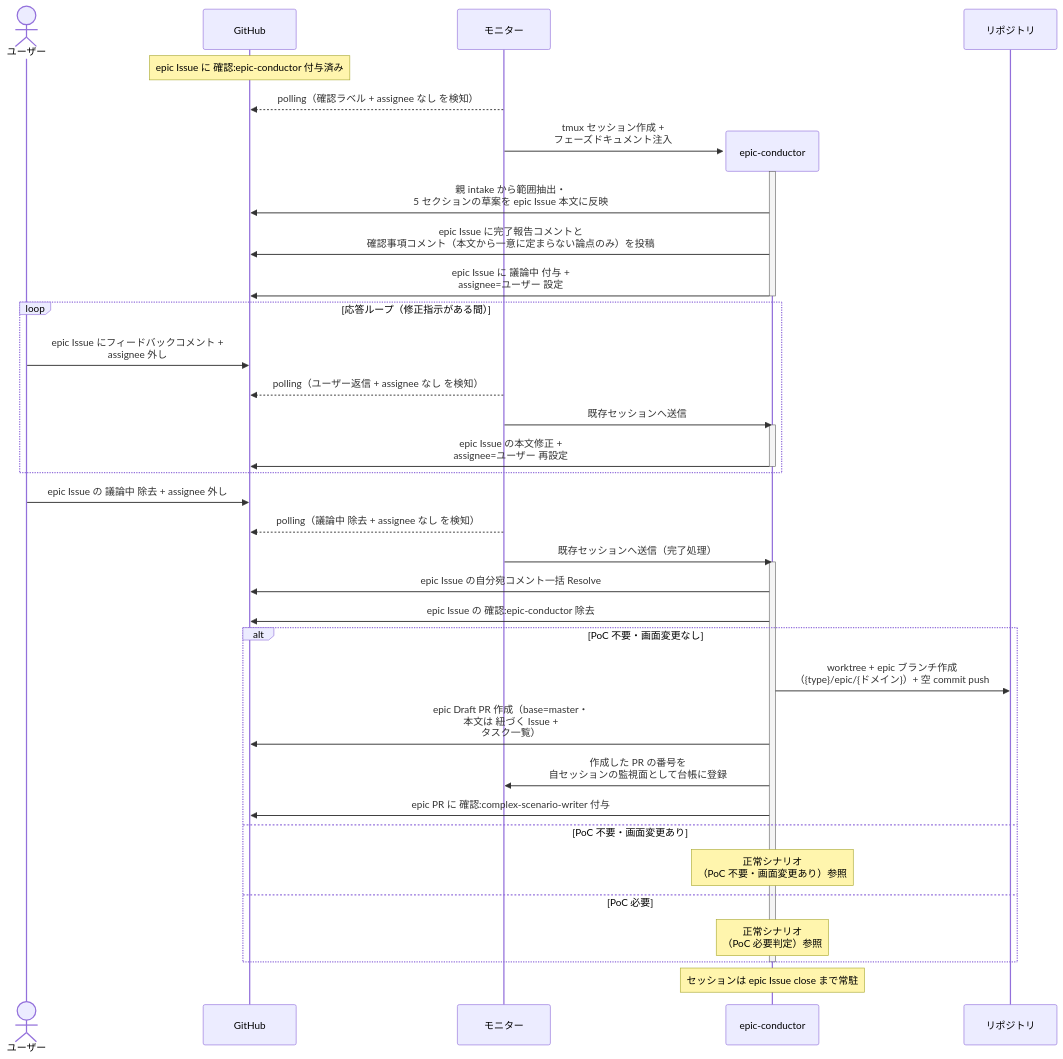
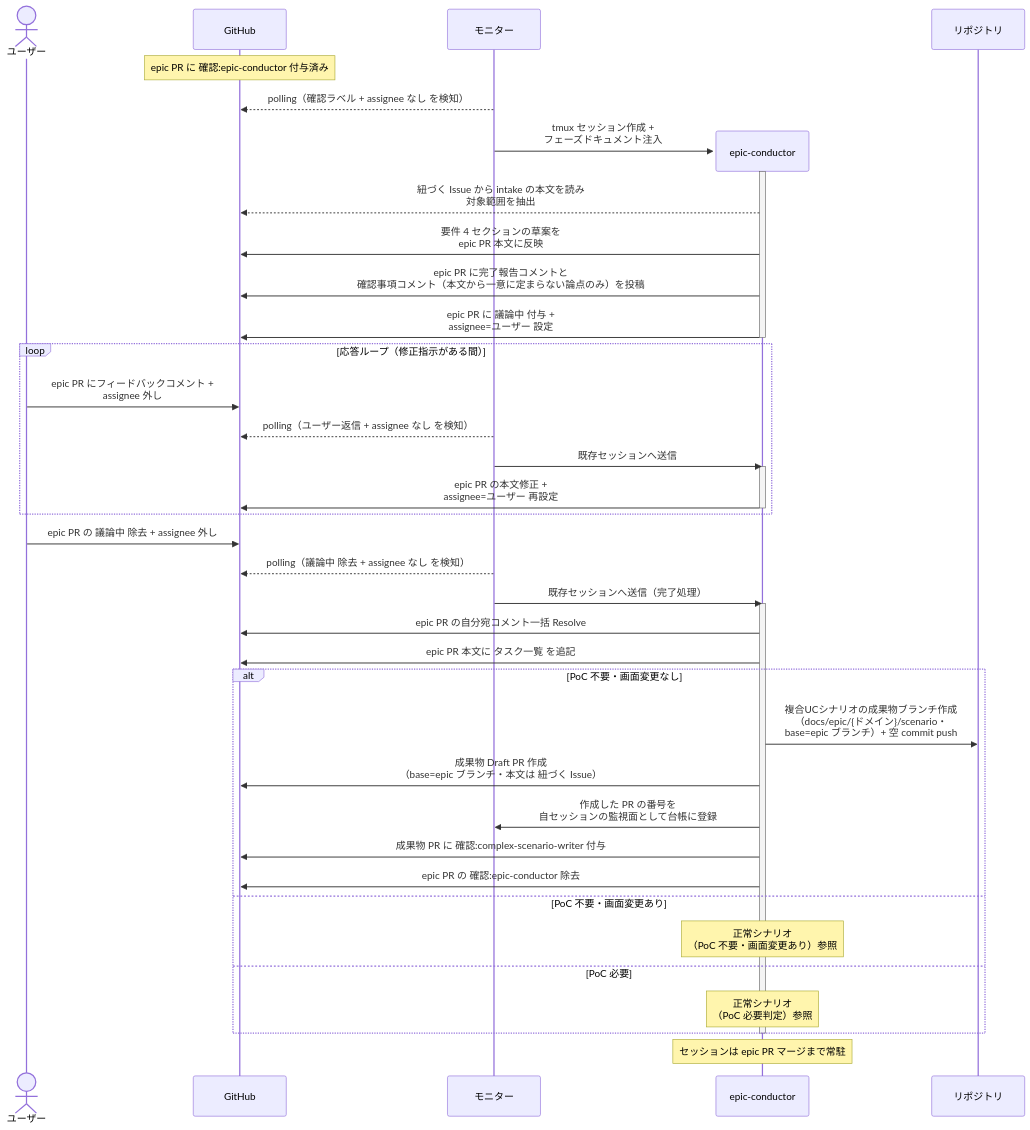
One commit to shuhei1101/ai-monitor changed the first of 5 diagrams in docs/wiki/設計図/シナリオ/単一ユースケース/epic要件確定.md. Above: the diagram before and after it, drawn with Mermaid. The commit also changed other lines of this file and 256 other files, not shown here.

````diff
--- a/docs/wiki/設計図/シナリオ/単一ユースケース/epic要件確定.md
+++ b/docs/wiki/設計図/シナリオ/単一ユースケース/epic要件確定.md
@@ -27,45 +27,47 @@
 ```mermaid
 sequenceDiagram
   actor U as ユーザー
   participant GH as GitHub
   participant ORC as モニター
 
-  Note over GH: epic Issue に 確認:epic-conductor 付与済み
+  Note over GH: epic PR に 確認:epic-conductor 付与済み
   ORC-->>GH: polling（確認ラベル + assignee なし を検知）
   create participant MON as epic-conductor
   ORC->>MON: tmux セッション作成 +<br>フェーズドキュメント注入
   participant REPO as リポジトリ
   activate MON
-  MON->>GH: 親 intake から範囲抽出・<br>5 セクションの草案を epic Issue 本文に反映
-  MON->>GH: epic Issue に完了報告コメントと<br>確認事項コメント（本文から一意に定まらない論点のみ）を投稿
-  MON->>GH: epic Issue に 議論中 付与 +<br>assignee=ユーザー 設定
+  MON-->>GH: 紐づく Issue から intake の本文を読み<br>対象範囲を抽出
+  MON->>GH: 要件 4 セクションの草案を<br>epic PR 本文に反映
+  MON->>GH: epic PR に完了報告コメントと<br>確認事項コメント（本文から一意に定まらない論点のみ）を投稿
+  MON->>GH: epic PR に 議論中 付与 +<br>assignee=ユーザー 設定
   deactivate MON
 
   loop 応答ループ（修正指示がある間）
-    U->>GH: epic Issue にフィードバックコメント +<br>assignee 外し
+    U->>GH: epic PR にフィードバックコメント +<br>assignee 外し
     ORC-->>GH: polling（ユーザー返信 + assignee なし を検知）
     ORC->>MON: 既存セッションへ送信
     activate MON
-    MON->>GH: epic Issue の本文修正 +<br>assignee=ユーザー 再設定
+    MON->>GH: epic PR の本文修正 +<br>assignee=ユーザー 再設定
     deactivate MON
   end
 
-  U->>GH: epic Issue の 議論中 除去 + assignee 外し
+  U->>GH: epic PR の 議論中 除去 + assignee 外し
   ORC-->>GH: polling（議論中 除去 + assignee なし を検知）
   ORC->>MON: 既存セッションへ送信（完了処理）
   activate MON
-  MON->>GH: epic Issue の自分宛コメント一括 Resolve
-  MON->>GH: epic Issue の 確認:epic-conductor 除去
+  MON->>GH: epic PR の自分宛コメント一括 Resolve
+  MON->>GH: epic PR 本文に タスク一覧 を追記
   alt PoC 不要・画面変更なし
-    MON->>REPO: worktree + epic ブランチ作成<br>（{type}/epic/{ドメイン}）+ 空 commit push
-    MON->>GH: epic Draft PR 作成（base=master・<br>本文は 紐づく Issue +<br>タスク一覧）
+    MON->>REPO: 複合UCシナリオの成果物ブランチ作成<br>（docs/epic/{ドメイン}/scenario・<br>base=epic ブランチ）+ 空 commit push
+    MON->>GH: 成果物 Draft PR 作成<br>（base=epic ブランチ・本文は 紐づく Issue）
     MON->>ORC: 作成した PR の番号を<br>自セッションの監視面として台帳に登録
-    MON->>GH: epic PR に 確認:complex-scenario-writer 付与
+    MON->>GH: 成果物 PR に 確認:complex-scenario-writer 付与
+    MON->>GH: epic PR の 確認:epic-conductor 除去
   else PoC 不要・画面変更あり
     Note over MON: 正常シナリオ<br>（PoC 不要・画面変更あり）参照
   else PoC 必要
     Note over MON: 正常シナリオ<br>（PoC 必要判定）参照
   end
   deactivate MON
-  Note over MON: セッションは epic Issue close まで常駐
+  Note over MON: セッションは epic PR マージまで常駐
 ```
````
